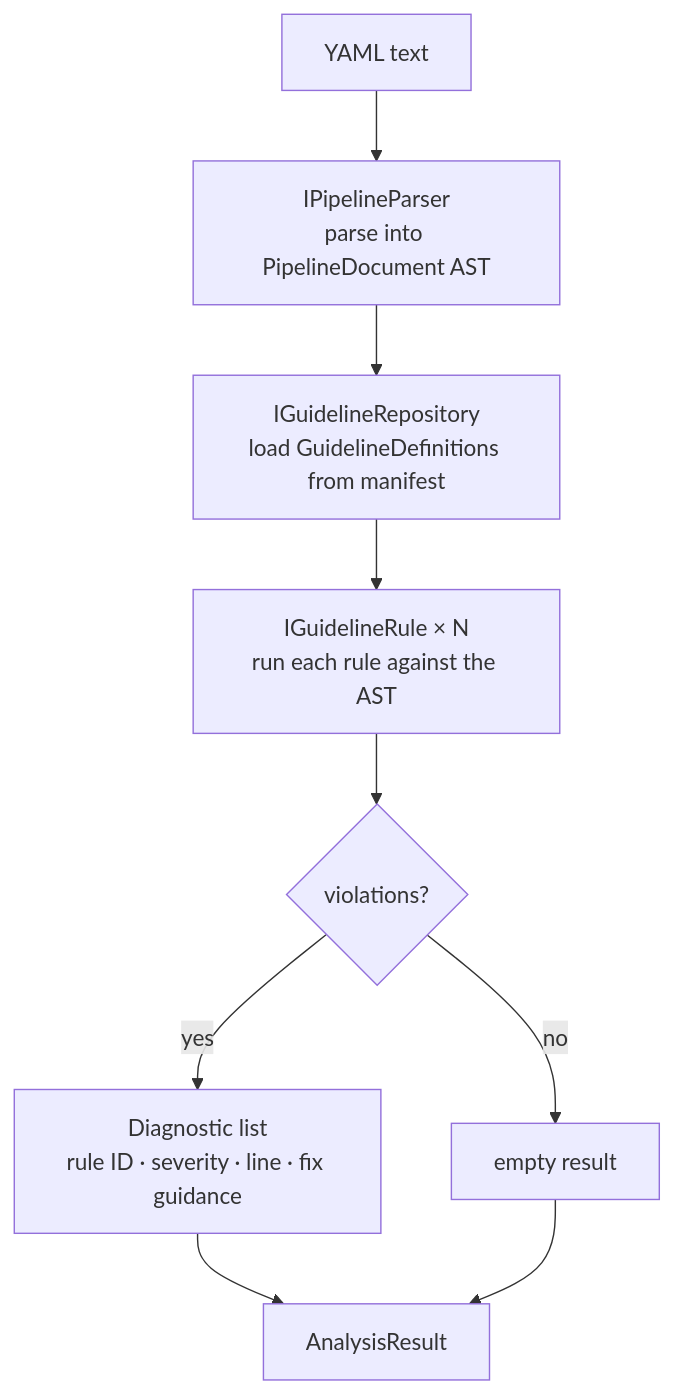
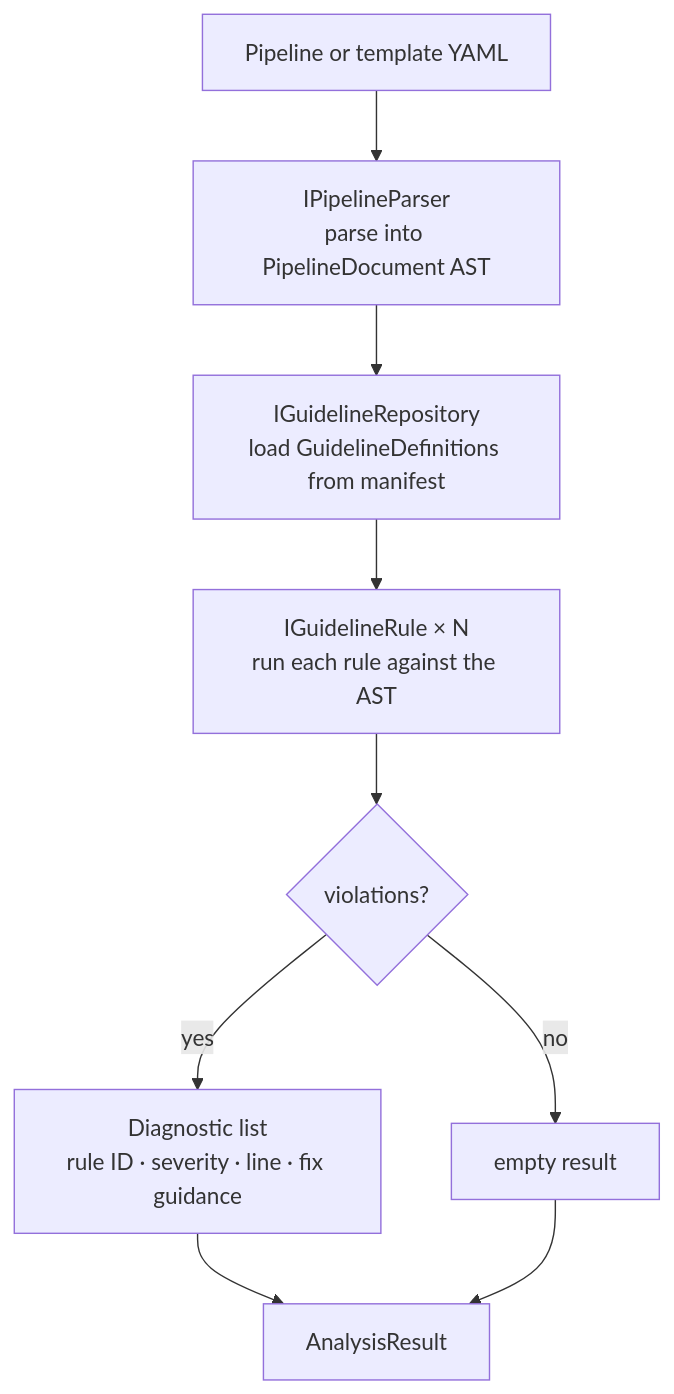
One commit to ruijarimba/azure-pipelines-guidelines-ai-mcp changed the first of 2 diagrams in docs/how-it-works.md. Above: the diagram before and after it, drawn with Mermaid. The commit also changed other lines of this file and 19 other files, not shown here.

Commit message:
refactor: unify MCP pipeline and template analysis

````diff
--- a/docs/how-it-works.md
+++ b/docs/how-it-works.md
@@ -24,15 +24,15 @@
 ```mermaid
 graph TD
-    A["YAML text"]
+    A["Pipeline or template YAML"]
     B["IPipelineParser\nparse into PipelineDocument AST"]
     C["IGuidelineRepository\nload GuidelineDefinitions from manifest"]
     D["IGuidelineRule × N\nrun each rule against the AST"]
     E{"violations?"}
     F["Diagnostic list\nrule ID · severity · line · fix guidance"]
     G["empty result"]
     H["AnalysisResult"]
 
     A --> B --> C --> D --> E
     E -->|"yes"| F --> H
     E -->|"no"| G --> H
 ```
````
